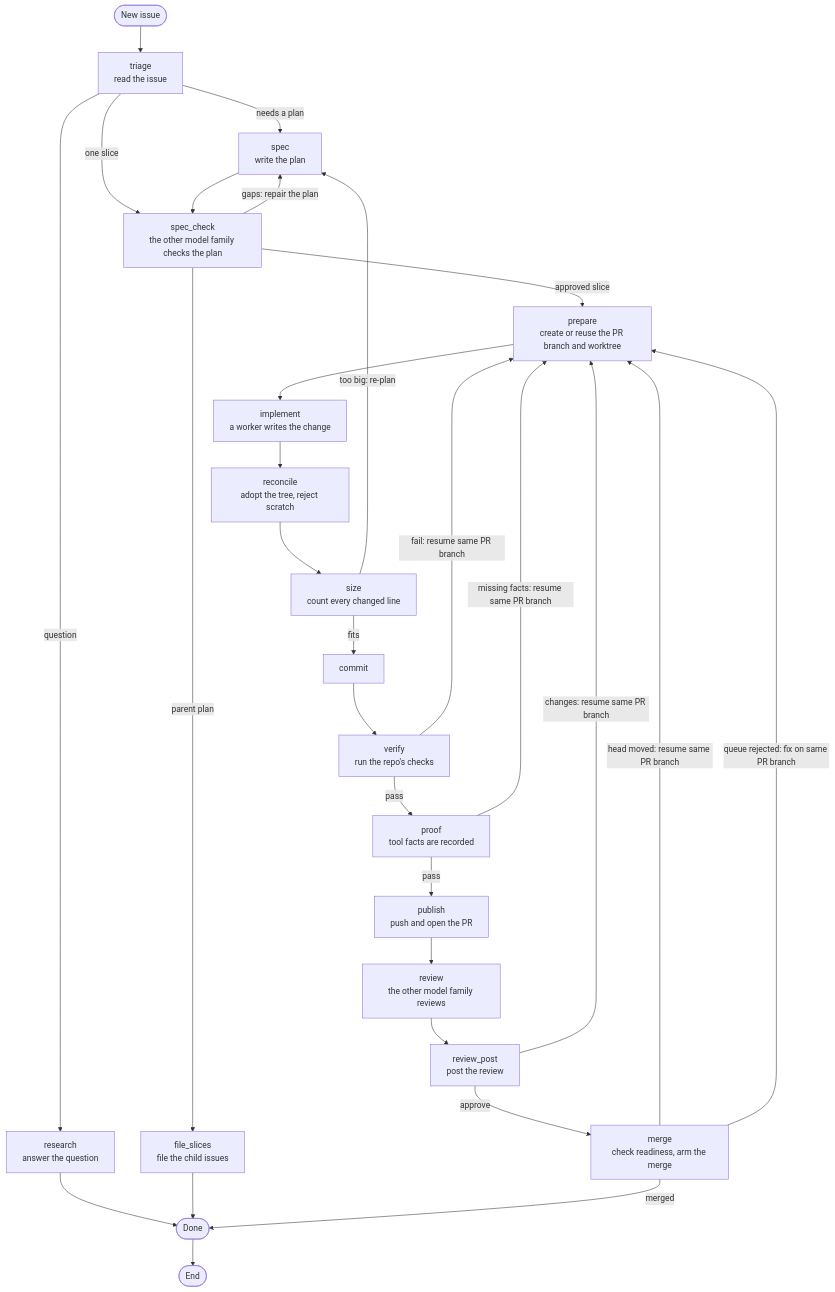
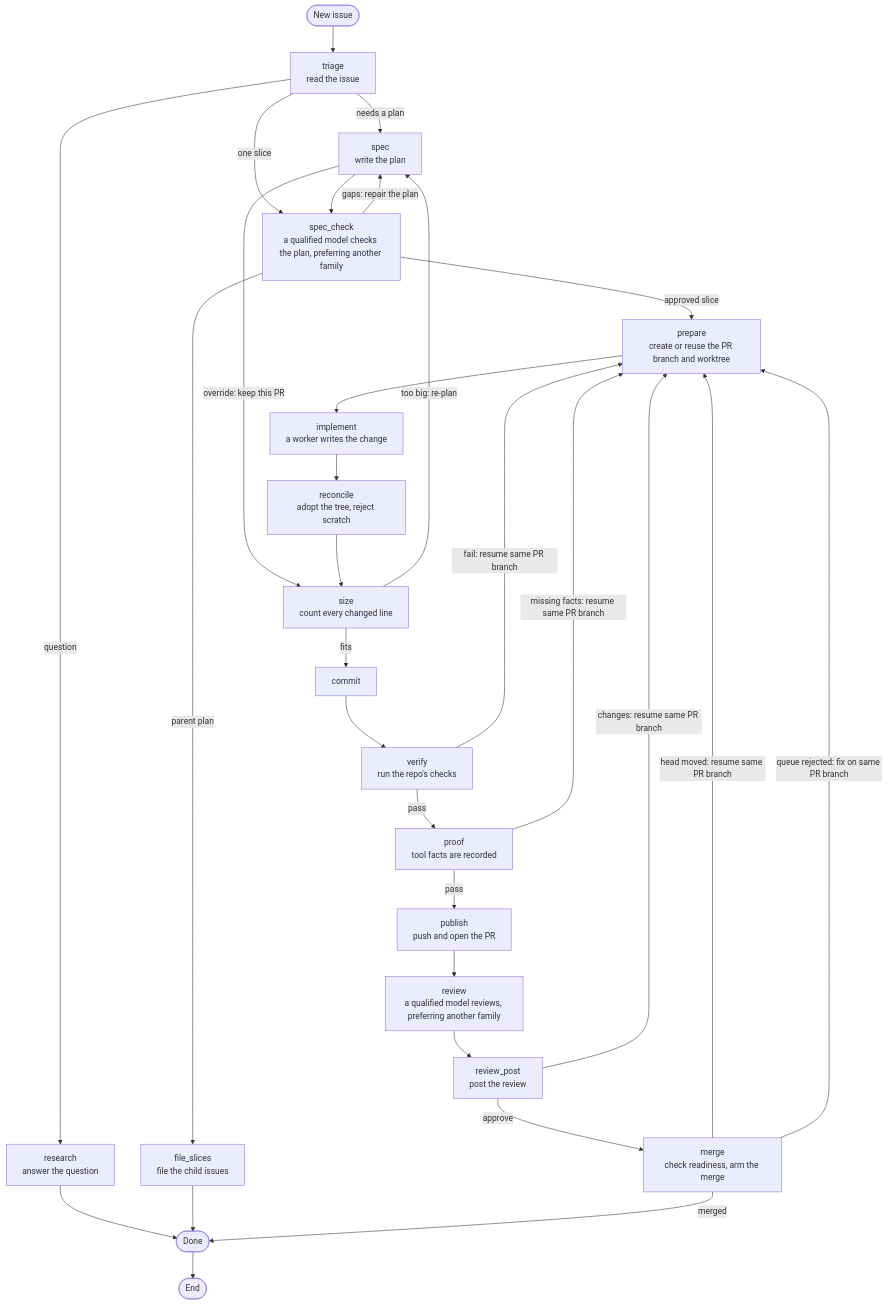
The diagram in docs/graph/target.mmd (bookout-labs/tools), drawn with Mermaid before and after one commit. The commit also changed 12 other files, not shown here.

```diff
--- a/docs/graph/target.mmd
+++ b/docs/graph/target.mmd
@@ -1,29 +1,30 @@
 flowchart TD
   __start__([New issue]) --> triage["triage<br/>read the issue"]
   triage -->|question| research["research<br/>answer the question"]
   research --> done([Done])
   triage -->|needs a plan| spec["spec<br/>write the plan"]
   triage -->|one slice| spec_check
-  spec --> spec_check["spec_check<br/>the other model family checks the plan"]
+  spec --> spec_check["spec_check<br/>a qualified model checks the plan, preferring another family"]
+  spec -->|override: keep this PR| size
   spec_check -->|gaps: repair the plan| spec
   spec_check -->|parent plan| file_slices["file_slices<br/>file the child issues"]
   file_slices --> done
   spec_check -->|approved slice| prepare["prepare<br/>create or reuse the PR branch and worktree"]
   prepare --> implement["implement<br/>a worker writes the change"]
   implement --> reconcile["reconcile<br/>adopt the tree, reject scratch"]
   reconcile --> size["size<br/>count every changed line"]
   size -->|too big: re-plan| spec
   size -->|fits| commit["commit"]
   commit --> verify["verify<br/>run the repo's checks"]
   verify -->|fail: resume same PR branch| prepare
   verify -->|pass| proof["proof<br/>tool facts are recorded"]
   proof -->|missing facts: resume same PR branch| prepare
   proof -->|pass| publish["publish<br/>push and open the PR"]
-  publish --> review["review<br/>the other model family reviews"]
+  publish --> review["review<br/>a qualified model reviews, preferring another family"]
   review --> review_post["review_post<br/>post the review"]
   review_post -->|changes: resume same PR branch| prepare
   review_post -->|approve| merge["merge<br/>check readiness, arm the merge"]
   merge -->|head moved: resume same PR branch| prepare
   merge -->|queue rejected: fix on same PR branch| prepare
   merge -->|merged| done
   done --> __end__([End])
```
